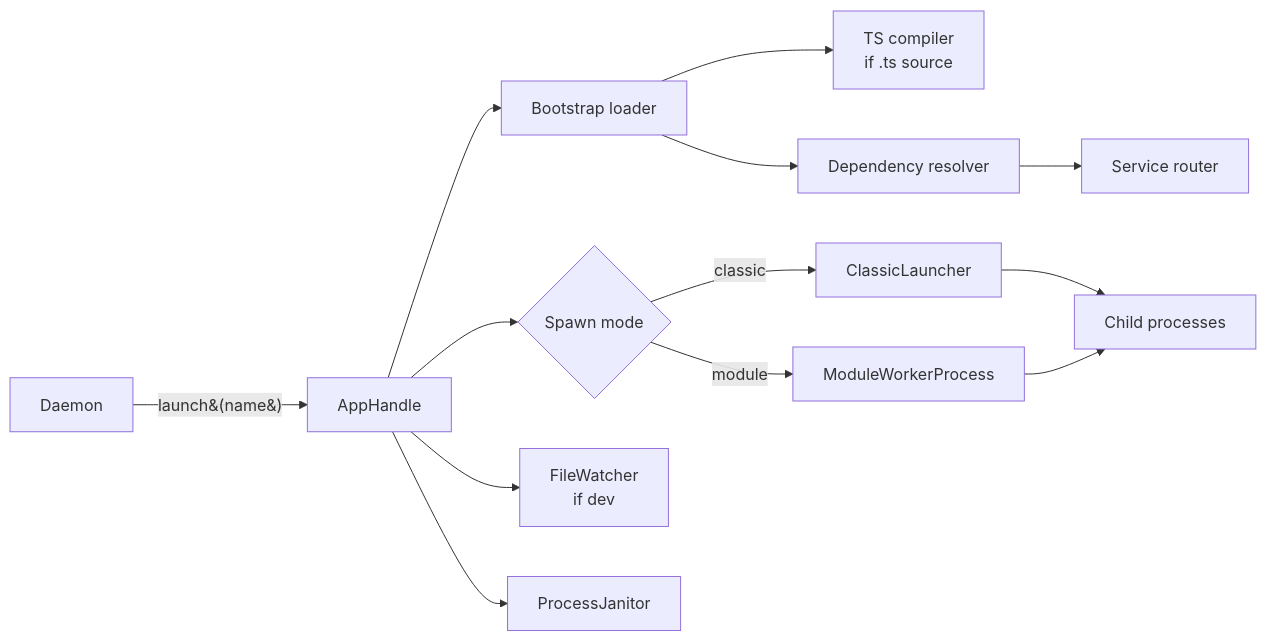
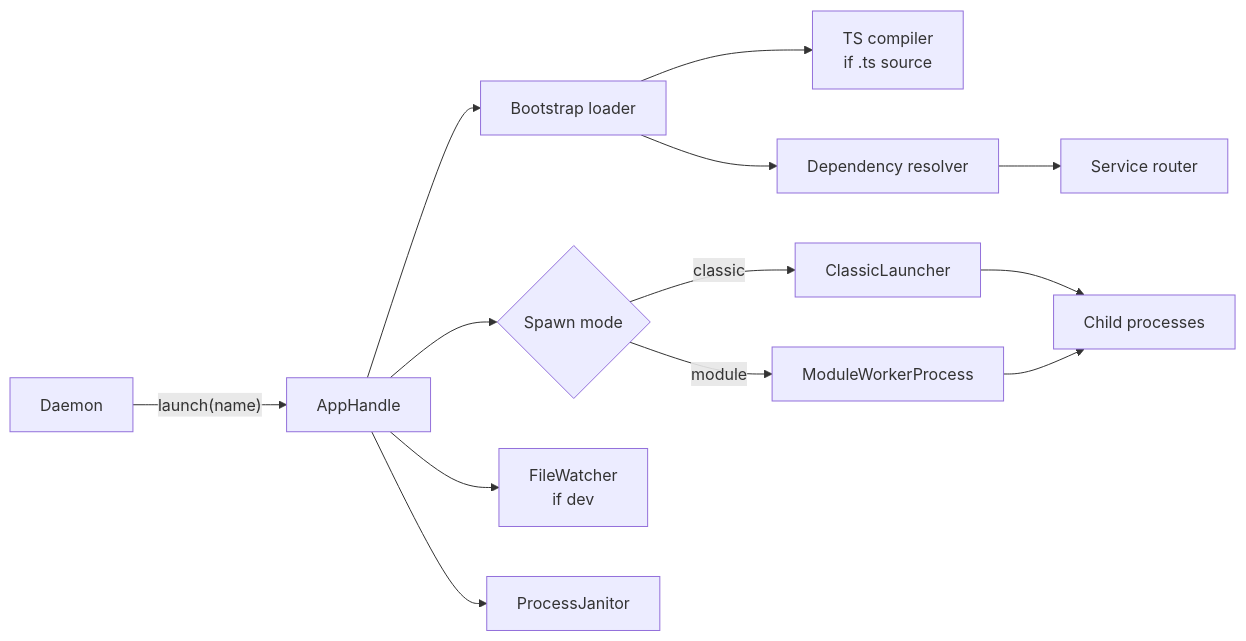
One commit to omnitron-dev/website changed the third of 8 diagrams in docs/omnitron/architecture.md. Above: the diagram before and after it, drawn with Mermaid. The commit also changed other lines of this file and 25 other files, not shown here.

Commit message:
docs: render structured trees and correct infrastructure diagrams

````diff
--- a/docs/omnitron/architecture.md
+++ b/docs/omnitron/architecture.md
@@ -266,15 +266,15 @@
 ```mermaid
 flowchart LR
-  Daemon -- launch&#40;name&#41; --> AppH[AppHandle]
+  Daemon -->|"launch(name)"| AppH[AppHandle]
   AppH --> Boot[Bootstrap loader]
   Boot --> TSC[TS compiler<br/>if .ts source]
   Boot --> Resolve[Dependency resolver]
   Resolve --> SR[Service router]
   AppH --> Spawn{Spawn mode}
   Spawn -- classic --> CL[ClassicLauncher]
   Spawn -- module --> MWP[ModuleWorkerProcess]
   CL --> Forks
   MWP --> Forks[Child processes]
   AppH --> Watcher[FileWatcher<br/>if dev]
   AppH --> Janitor[ProcessJanitor]
 ```
````
